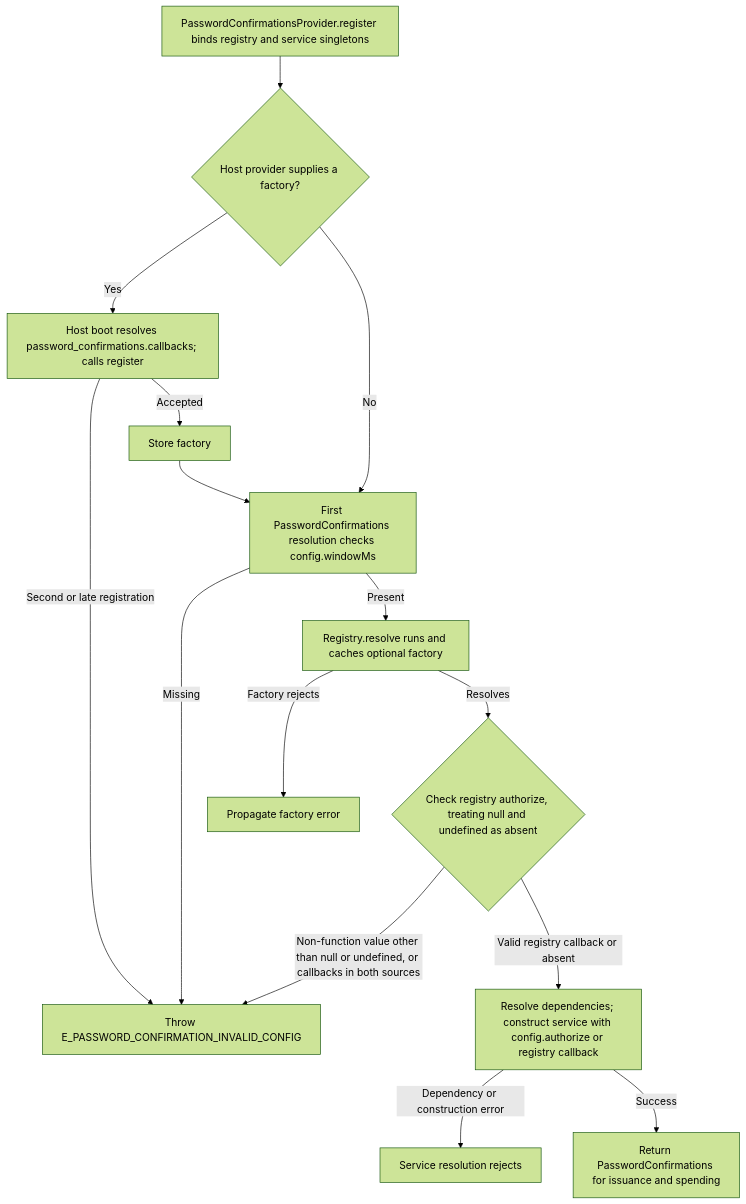
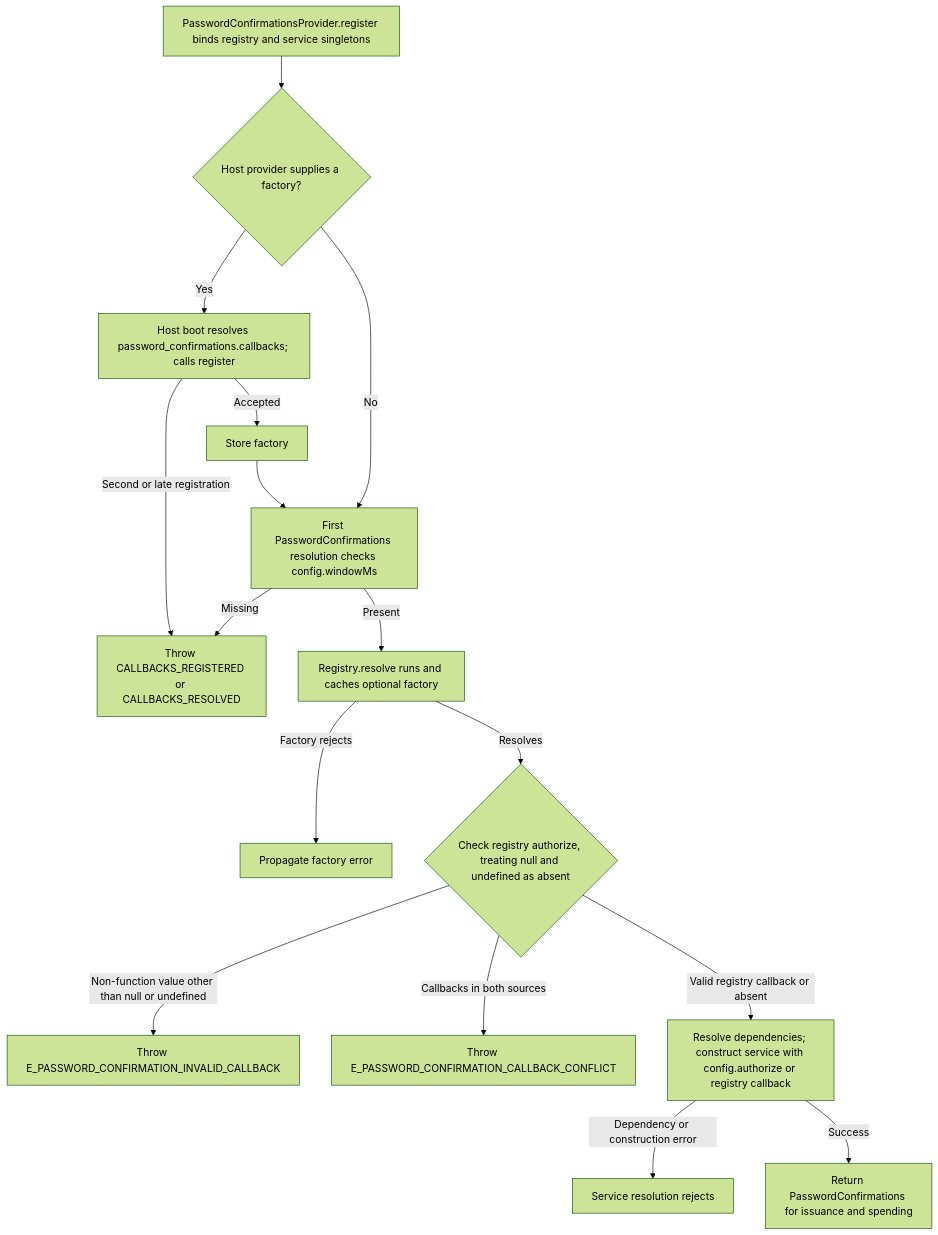
The second of 2 diagrams in user-stories/US-CONFIRM-09-register-authorization.md (Kevinjohn/oss-adonisjs-confirm-action-with-password), drawn with Mermaid (forest theme) before and after one commit. The commit also changed other lines of this file and 13 other files, not shown here.

````diff
--- a/user-stories/US-CONFIRM-09-register-authorization.md
+++ b/user-stories/US-CONFIRM-09-register-authorization.md
@@ -37,17 +37,18 @@
 ```mermaid
 flowchart TD
     A["PasswordConfirmationsProvider.register binds registry and service singletons"] --> B{"Host provider supplies a factory?"}
     B -->|Yes| C["Host boot resolves password_confirmations.callbacks; calls register"]
-    C -->|Second or late registration| X["Throw E_PASSWORD_CONFIRMATION_INVALID_CONFIG"]
+    C -->|Second or late registration| X["Throw CALLBACKS_REGISTERED or CALLBACKS_RESOLVED"]
     C -->|Accepted| D["Store factory"]
     D --> E["First PasswordConfirmations resolution checks config.windowMs"]
     B -->|No| E
     E -->|Missing| X
     E -->|Present| F["Registry.resolve runs and caches optional factory"]
     F -->|Factory rejects| Y["Propagate factory error"]
     F -->|Resolves| G{"Check registry authorize, treating null and undefined as absent"}
-    G -->|Non-function value other than null or undefined, or callbacks in both sources| X
+    G -->|Non-function value other than null or undefined| X2["Throw E_PASSWORD_CONFIRMATION_INVALID_CALLBACK"]
+    G -->|Callbacks in both sources| X3["Throw E_PASSWORD_CONFIRMATION_CALLBACK_CONFLICT"]
     G -->|Valid registry callback or absent| H["Resolve dependencies; construct service with config.authorize or registry callback"]
     H -->|Dependency or construction error| Z["Service resolution rejects"]
     H -->|Success| I["Return PasswordConfirmations for issuance and spending"]
 ```
````
